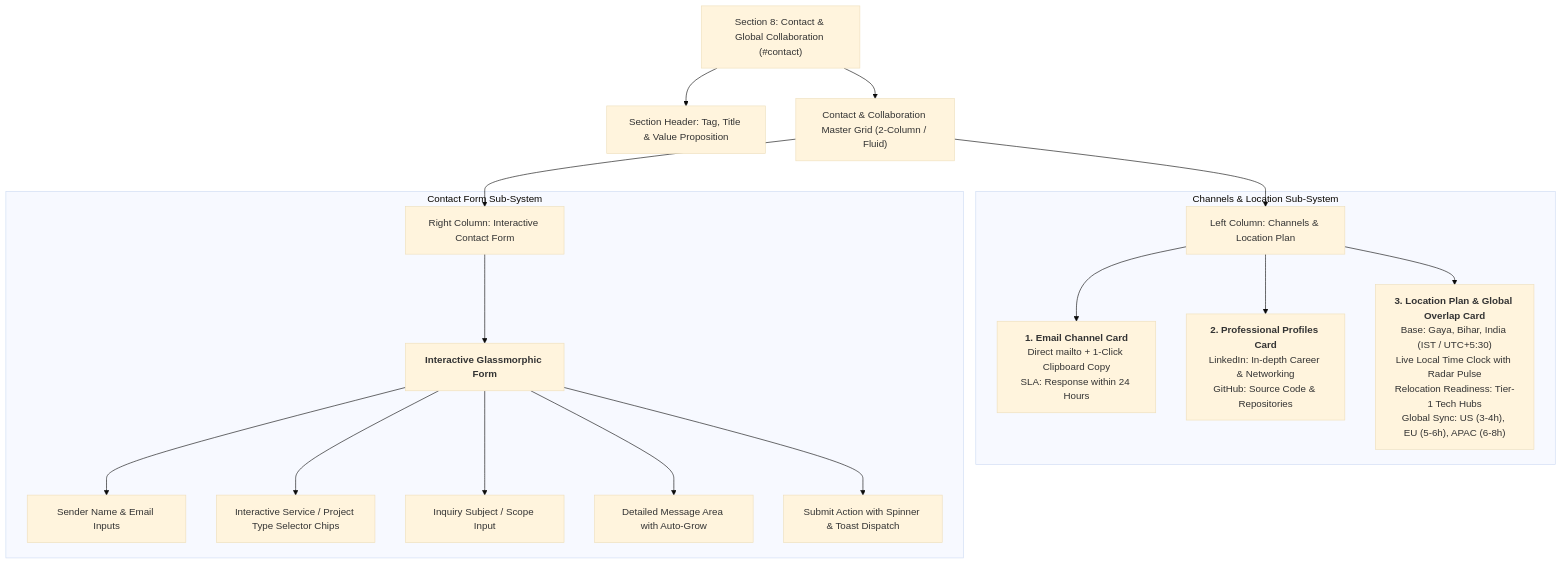
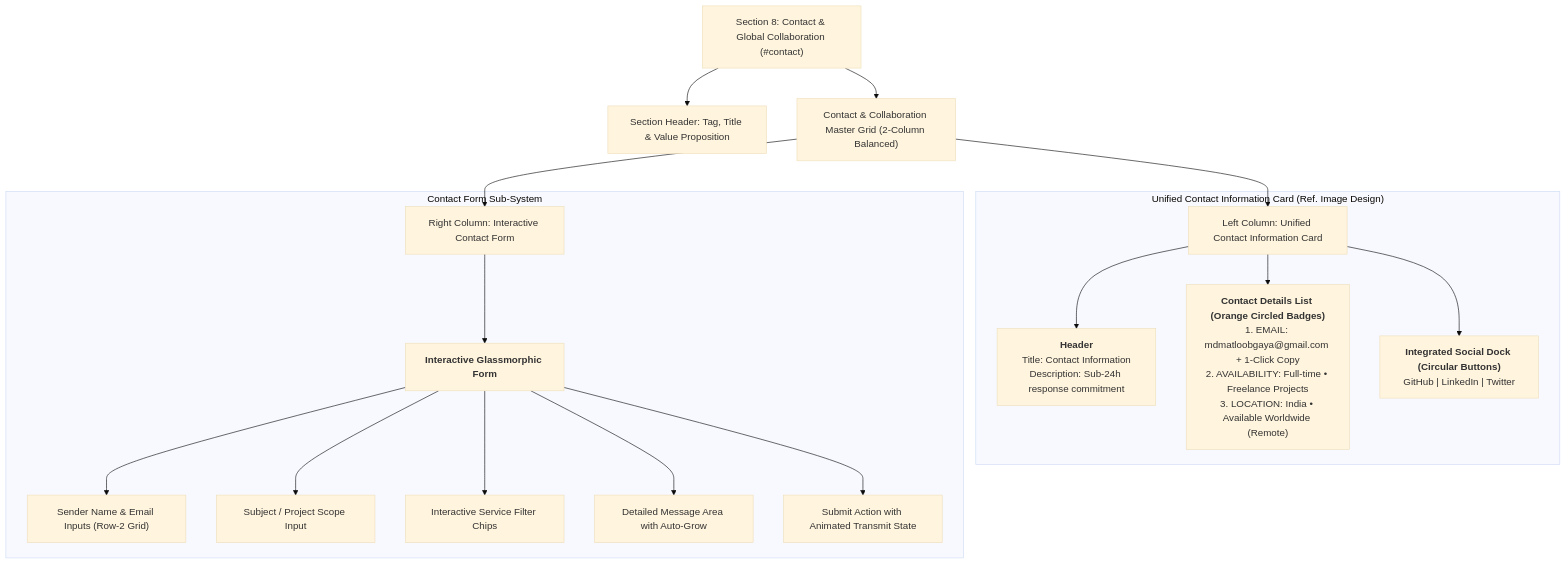
The diagram in doc/CONTACT_SECTION_PLAN.md (alam292/Protfolio), drawn with Mermaid (base theme) before and after one commit. The commit also changed other lines of this file and 5 other files, not shown here.

Commit message:
feat: add contact section CSS styles, portfolio data, and form/render JS logic

````diff
--- a/doc/CONTACT_SECTION_PLAN.md
+++ b/doc/CONTACT_SECTION_PLAN.md
@@ -27,25 +24,25 @@
 ```mermaid
 flowchart TD
     Section["Section 8: Contact & Global Collaboration (#contact)"]
 
     Section --> Header["Section Header: Tag, Title & Value Proposition"]
-    Section --> MainGrid["Contact & Collaboration Master Grid (2-Column / Fluid)"]
+    Section --> MainGrid["Contact & Collaboration Master Grid (2-Column Balanced)"]
 
-    MainGrid --> LeftCol["Left Column: Channels & Location Plan"]
+    MainGrid --> LeftCol["Left Column: Unified Contact Information Card"]
     MainGrid --> RightCol["Right Column: Interactive Contact Form"]
 
-    subgraph Channels_Location["Channels & Location Sub-System"]
-        LeftCol --> EmailCard["<b>1. Email Channel Card</b><br/>Direct mailto + 1-Click Clipboard Copy<br/>SLA: Response within 24 Hours"]
-        LeftCol --> SocialRow["<b>2. Professional Profiles Card</b><br/>LinkedIn: In-depth Career & Networking<br/>GitHub: Source Code & Repositories"]
-        LeftCol --> LocationCard["<b>3. Location Plan & Global Overlap Card</b><br/>Base: Gaya, Bihar, India (IST / UTC+5:30)<br/>Live Local Time Clock with Radar Pulse<br/>Relocation Readiness: Tier-1 Tech Hubs<br/>Global Sync: US (3-4h), EU (5-6h), APAC (6-8h)"]
+    subgraph InfoCard["Unified Contact Information Card (Ref. Image Design)"]
+        LeftCol --> CardTitle["<b>Header</b><br/>Title: Contact Information<br/>Description: Sub-24h response commitment"]
+        LeftCol --> DetailsList["<b>Contact Details List (Orange Circled Badges)</b><br/>1. EMAIL: mdmatloobgaya@gmail.com + 1-Click Copy<br/>2. AVAILABILITY: Full-time • Freelance Projects<br/>3. LOCATION: India • Available Worldwide (Remote)"]
+        LeftCol --> SocialDock["<b>Integrated Social Dock (Circular Buttons)</b><br/>GitHub | LinkedIn | Twitter"]
     end
 
-    subgraph Form_System["Contact Form Sub-System"]
+    subgraph FormSystem["Contact Form Sub-System"]
         RightCol --> FormCard["<b>Interactive Glassmorphic Form</b>"]
-        FormCard --> F1["Sender Name & Email Inputs"]
-        FormCard --> F2["Interactive Service / Project Type Selector Chips"]
-        FormCard --> F3["Inquiry Subject / Scope Input"]
+        FormCard --> F1["Sender Name & Email Inputs (Row-2 Grid)"]
+        FormCard --> F2["Subject / Project Scope Input"]
+        FormCard --> F3["Interactive Service Filter Chips"]
         FormCard --> F4["Detailed Message Area with Auto-Grow"]
-        FormCard --> F5["Submit Action with Spinner & Toast Dispatch"]
+        FormCard --> F5["Submit Action with Animated Transmit State"]
     end
 ```
````
